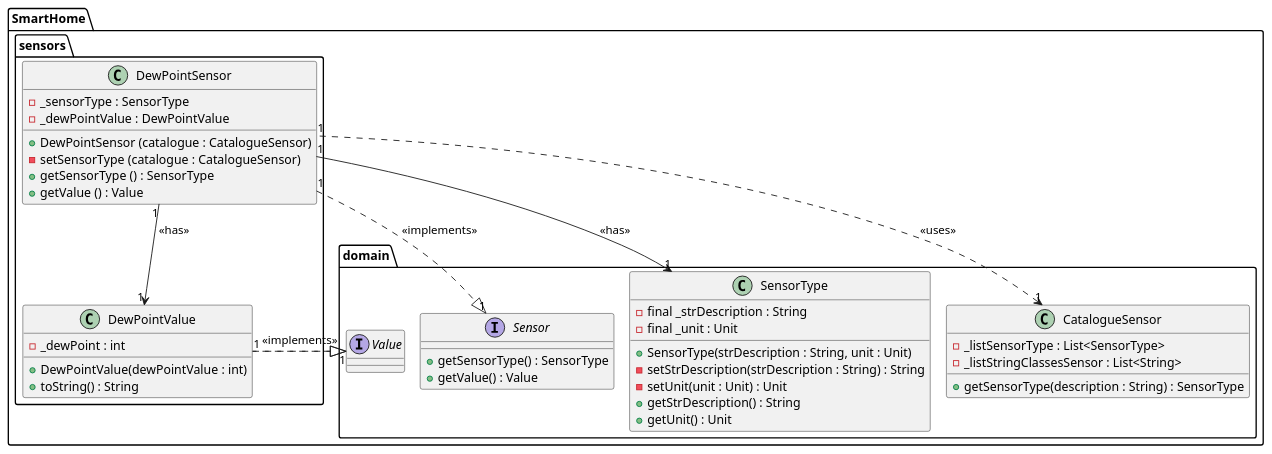
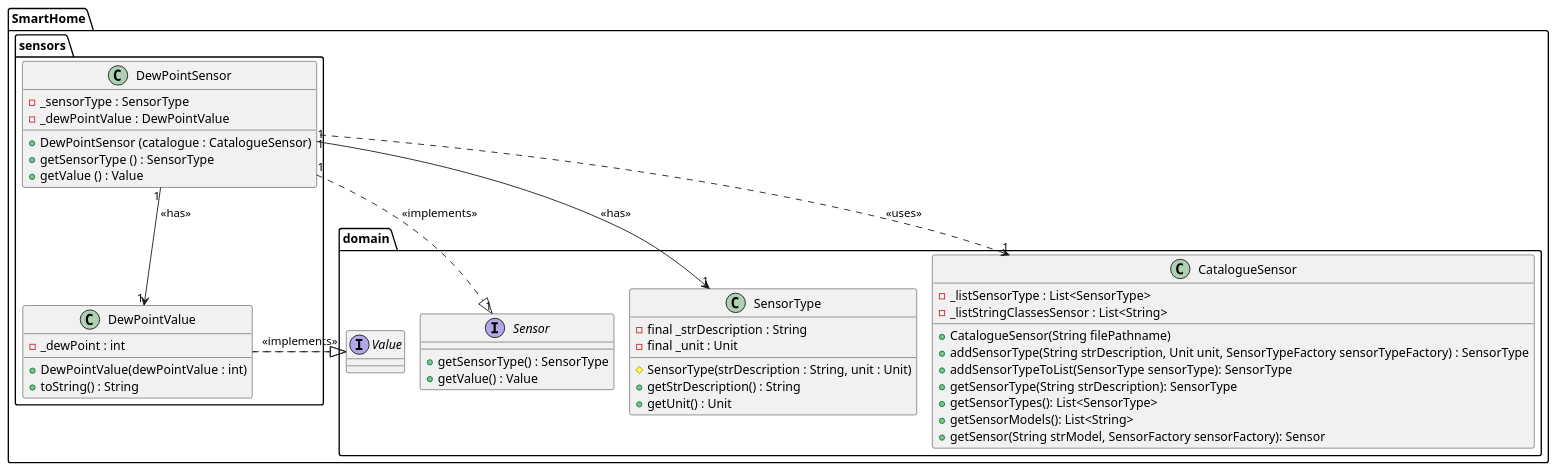
One commit to olivDiogo/SmartHome changed the diagram in docs/ood/classDiagram/US22DewPointSensor.puml. Above: the diagram before and after it, drawn with PlantUML.

Commit message:
Update Class Diagram for DewPointSensor

```diff
--- a/docs/ood/classDiagram/US22DewPointSensor.puml
+++ b/docs/ood/classDiagram/US22DewPointSensor.puml
@@ -1,60 +1,63 @@
 @startuml
 !pragma layout smetana
 
 package SmartHome.sensors {
 
     class DewPointSensor {
         - _sensorType : SensorType
         - _dewPointValue : DewPointValue
 
         + DewPointSensor (catalogue : CatalogueSensor)
-        - setSensorType (catalogue : CatalogueSensor)
         +getSensorType () : SensorType
         +getValue () : Value
     }
 
     class DewPointValue implements SmartHome.domain.Value {
         - _dewPoint : int
 
         + DewPointValue(dewPointValue : int)
         + toString() : String
     }
 
 }
 
 package SmartHome.domain {
 
     interface Sensor {
         + getSensorType() : SensorType
         + getValue() : Value
     }
 
     class SensorType {
     - final _strDescription : String
     - final _unit : Unit
 
-    + SensorType(strDescription : String, unit : Unit)
-    - setStrDescription(strDescription : String) : String
-    - setUnit(unit : Unit) : Unit
+    # SensorType(strDescription : String, unit : Unit)
     + getStrDescription() : String
     + getUnit() : Unit
     }
 
     interface Value {
     }
 
     class CatalogueSensor {
     - _listSensorType : List<SensorType>
     - _listStringClassesSensor : List<String>
 
-    + getSensorType(description : String) : SensorType
+    + CatalogueSensor(String filePathname)
+    + addSensorType(String strDescription, Unit unit, SensorTypeFactory sensorTypeFactory) : SensorType
+    + addSensorTypeToList(SensorType sensorType): SensorType
+    + getSensorType(String strDescription): SensorType
+    + getSensorTypes(): List<SensorType>
+    + getSensorModels(): List<String>
+    + getSensor(String strModel, SensorFactory sensorFactory): Sensor
     }
 }
 
 SmartHome.sensors.DewPointSensor "1" ..|> "1" SmartHome.domain.Sensor : <<implements>>
 SmartHome.sensors.DewPointSensor "1" --> "1" SmartHome.domain.SensorType : <<has>>
 SmartHome.sensors.DewPointSensor "1" --> "1" SmartHome.sensors.DewPointValue : <<has>>
 SmartHome.domain.CatalogueSensor "1" <.. "1" SmartHome.sensors.DewPointSensor : <<uses>>
-SmartHome.sensors.DewPointValue "1" ..|> "1" SmartHome.domain.Value : <<implements>>
+SmartHome.sensors.DewPointValue  ..|>  SmartHome.domain.Value : <<implements>>
 
 @enduml
```
